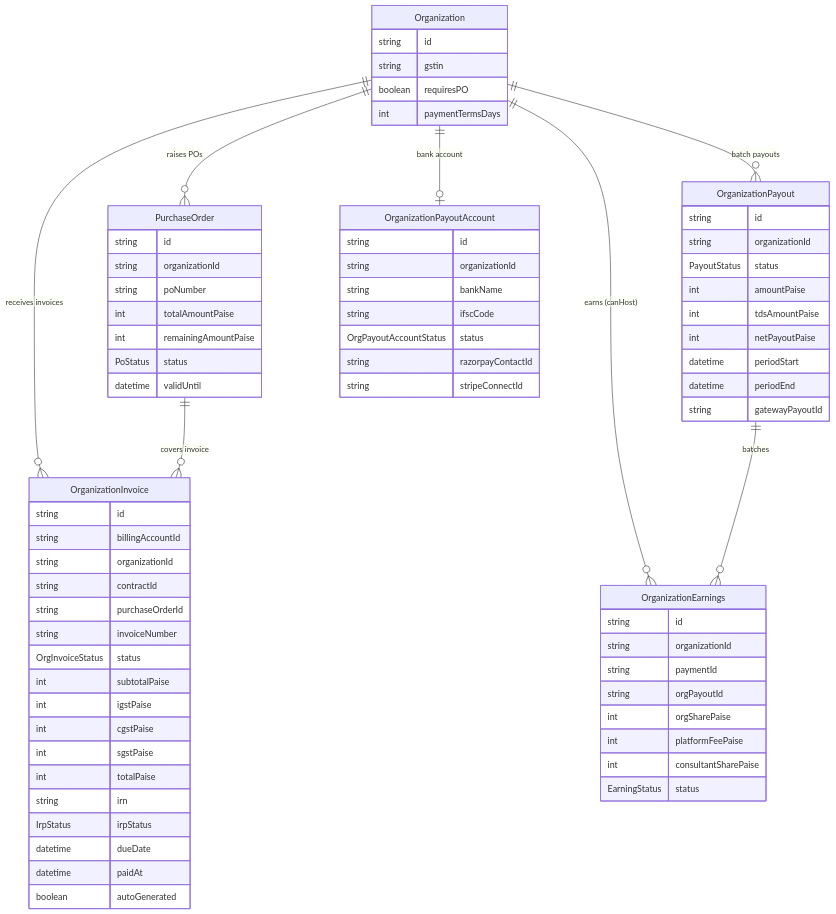
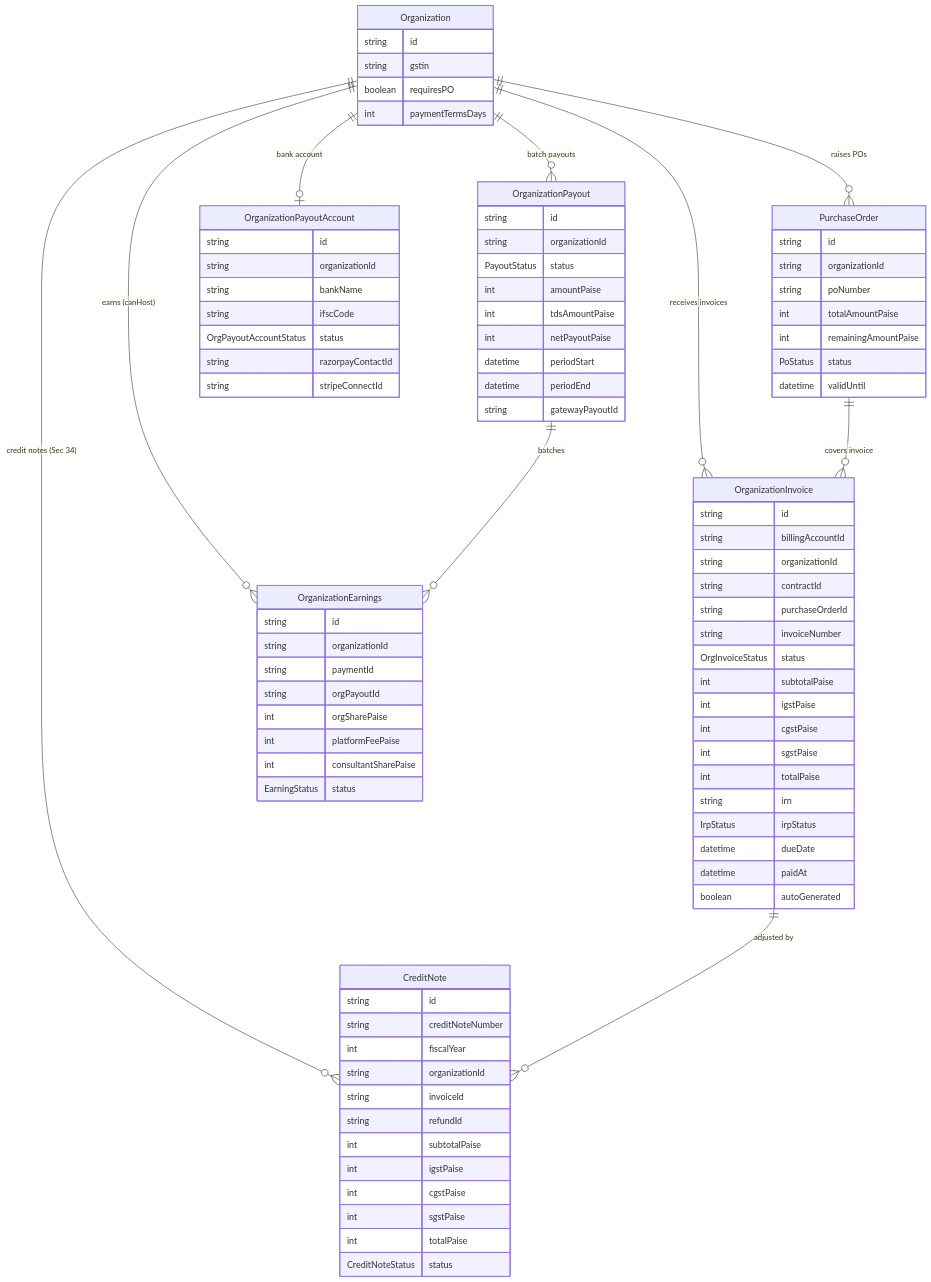
Diagram 20 of 24 in SCHEMA_MAP.md (Practitionist/familiarise_web), drawn with Mermaid before and after one commit. The commit also changed other lines of this file and 46 other files, not shown here.

```diff
--- a/SCHEMA_MAP.md
+++ b/SCHEMA_MAP.md
@@ -1445,10 +1539,26 @@
         string razorpayContactId
         string stripeConnectId
     }
+    CreditNote {
+        string id
+        string creditNoteNumber
+        int fiscalYear
+        string organizationId
+        string invoiceId
+        string refundId
+        int subtotalPaise
+        int igstPaise
+        int cgstPaise
+        int sgstPaise
+        int totalPaise
+        CreditNoteStatus status
+    }
 
     Organization ||--o{ PurchaseOrder : "raises POs"
     Organization ||--o{ OrganizationInvoice : "receives invoices"
+    Organization ||--o{ CreditNote : "credit notes (Sec 34)"
     PurchaseOrder ||--o{ OrganizationInvoice : "covers invoice"
+    OrganizationInvoice ||--o{ CreditNote : "adjusted by"
     Organization ||--o{ OrganizationEarnings : "earns (canHost)"
     Organization ||--o{ OrganizationPayout : "batch payouts"
     Organization ||--o| OrganizationPayoutAccount : "bank account"
```
